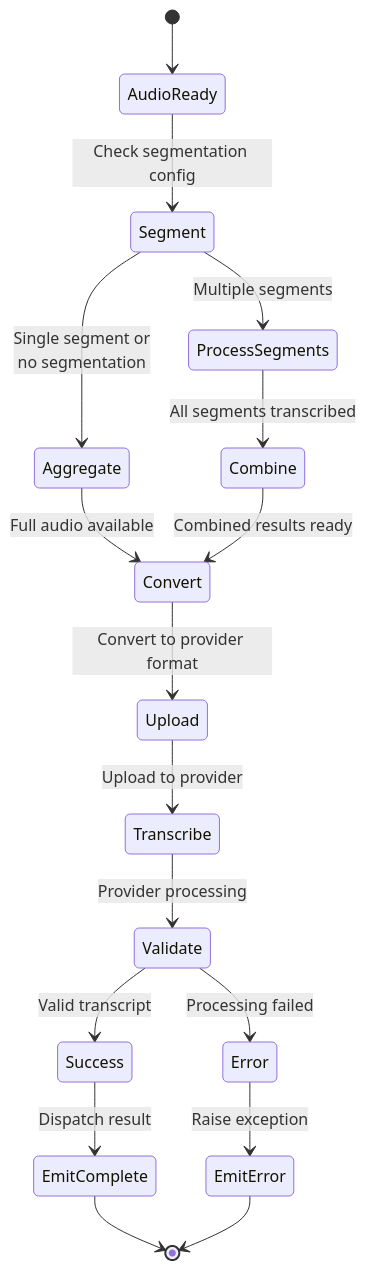
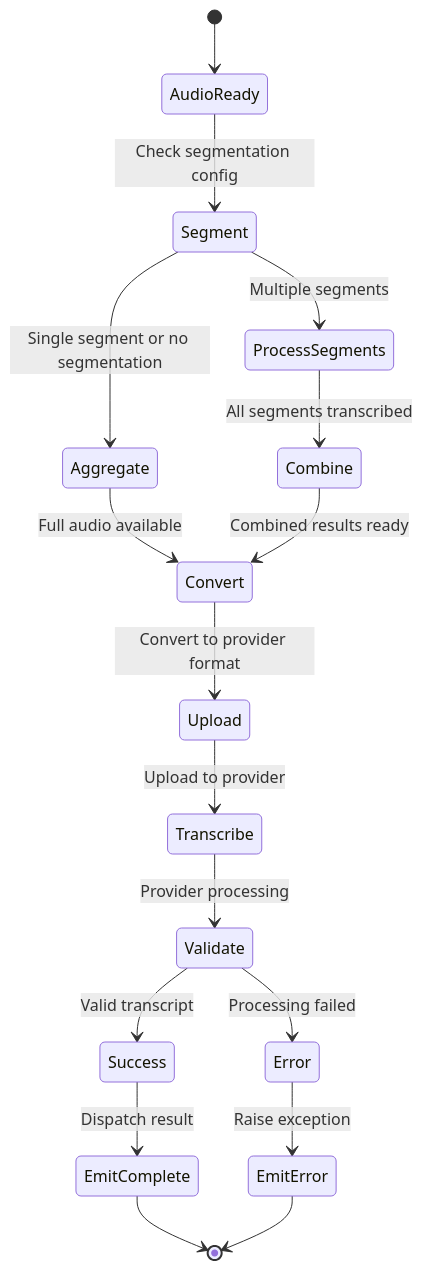
Before and after one commit to bradsjm/broadcastify-calls: the sixth of 8 diagrams in README.md, drawn with Mermaid. The commit also changed other lines of this file, not shown here.

````diff
--- a/README.md
+++ b/README.md
@@ -777,19 +777,19 @@
 ```mermaid
 stateDiagram-v2
     [*] --> AudioReady
     AudioReady --> Segment: Check segmentation config
-    Segment --> Aggregate: Single segment or<br/>no segmentation
+    Segment --> Aggregate: Single segment or no segmentation
     Segment --> ProcessSegments: Multiple segments
     ProcessSegments --> Combine: All segments transcribed
     Aggregate --> Convert: Full audio available
     Combine --> Convert: Combined results ready
     Convert --> Upload: Convert to provider format
     Upload --> Transcribe: Upload to provider
     Transcribe --> Validate: Provider processing
     Validate --> Success: Valid transcript
     Validate --> Error: Processing failed
     Success --> EmitComplete: Dispatch result
     Error --> EmitError: Raise exception
     EmitComplete --> [*]
     EmitError --> [*]
 ```
````
